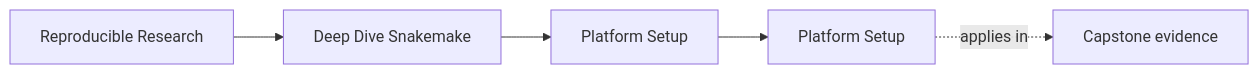
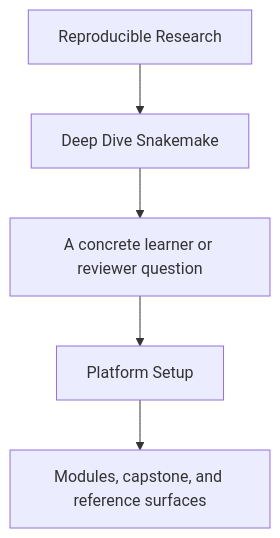
The first of 2 diagrams in programs/reproducible-research/deep-dive-snakemake/course-book/guides/platform-setup.md (bijux/bijux-masterclass), drawn with Mermaid before and after one commit. The commit also changed other lines of this file and 29 other files, not shown here.

Commit message:
docs(deep-dive-snakemake): sharpen guide and reference diagrams

````diff
--- a/programs/reproducible-research/deep-dive-snakemake/course-book/guides/platform-setup.md
+++ b/programs/reproducible-research/deep-dive-snakemake/course-book/guides/platform-setup.md
@@ -9,11 +9,7 @@
 ```mermaid
-graph LR
-  family["Reproducible Research"]
-  program["Deep Dive Snakemake"]
-  section["Platform Setup"]
-  page["Platform Setup"]
-  capstone["Capstone evidence"]
-
-  family --> program --> section --> page
-  page -.applies in.-> capstone
+flowchart TD
+  family["Reproducible Research"] --> program["Deep Dive Snakemake"]
+  program --> pressure["A concrete learner or reviewer question"]
+  pressure --> guide["Platform Setup"]
+  guide --> next["Modules, capstone, and reference surfaces"]
 ```
````
